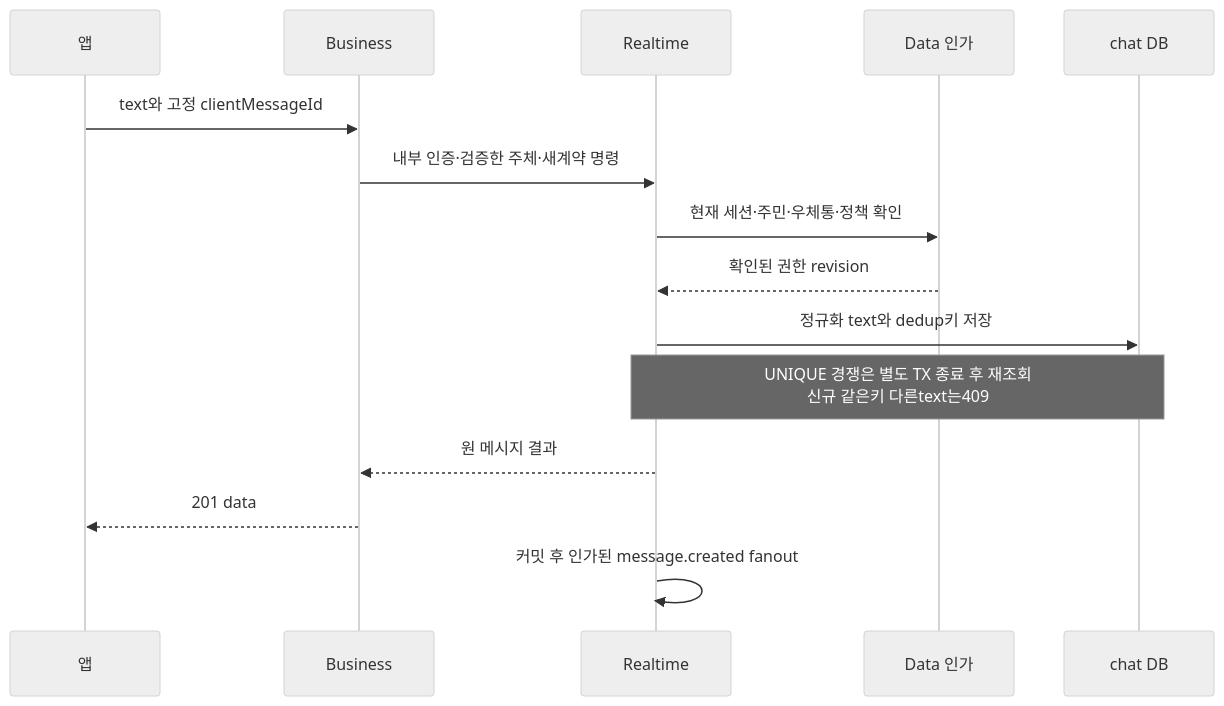
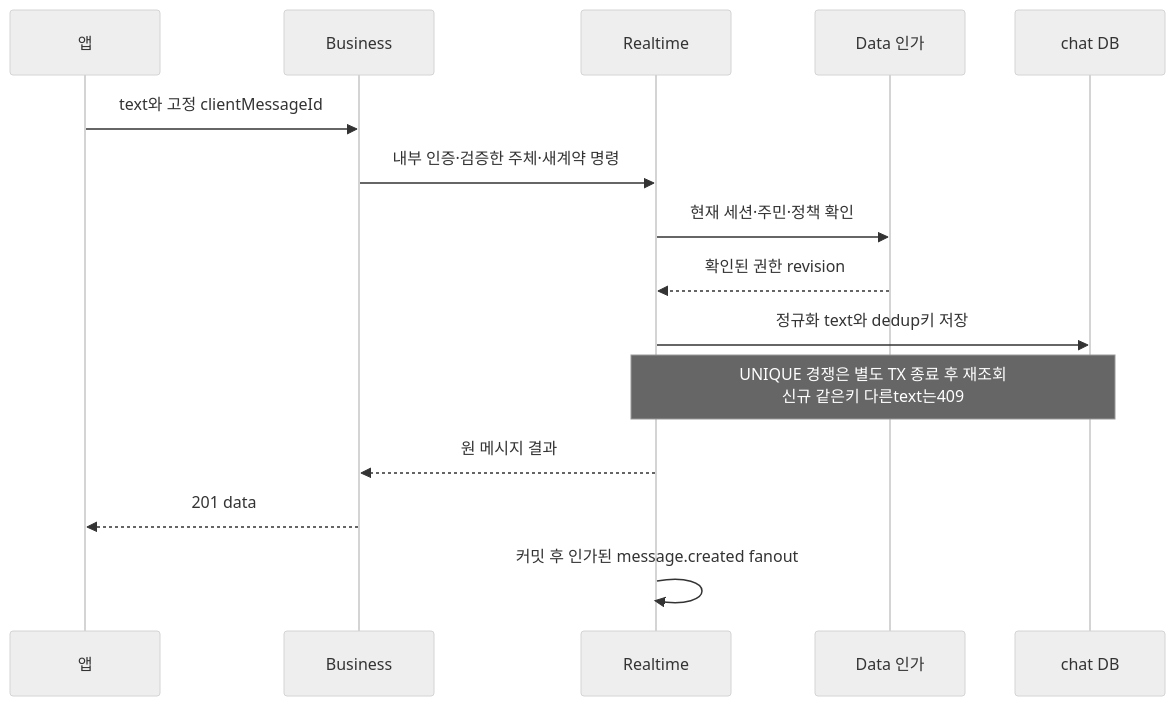
One commit to OneOrThree/phone changed the second of 2 diagrams in docs/prd/fishcat/island-mailbox/high-level-design.md. Above: the diagram before and after it, drawn with Mermaid (neutral theme). The commit also changed other lines of this file and 4 other files, not shown here.

````diff
--- a/docs/prd/fishcat/island-mailbox/high-level-design.md
+++ b/docs/prd/fishcat/island-mailbox/high-level-design.md
@@ -20,17 +20,17 @@
 ```mermaid
 sequenceDiagram
     participant A as 앱
     participant B as Business
     participant R as Realtime
     participant D as Data 인가
     participant DB as chat DB
     A->>B: text와 고정 clientMessageId
     B->>R: 내부 인증·검증한 주체·새계약 명령
-    R->>D: 현재 세션·주민·우체통·정책 확인
+    R->>D: 현재 세션·주민·정책 확인
     D-->>R: 확인된 권한 revision
     R->>DB: 정규화 text와 dedup키 저장
     Note over R,DB: UNIQUE 경쟁은 별도 TX 종료 후 재조회<br/>신규 같은키 다른text는409
     R-->>B: 원 메시지 결과
     B-->>A: 201 data
     R->>R: 커밋 후 인가된 message.created fanout
 ```
````
